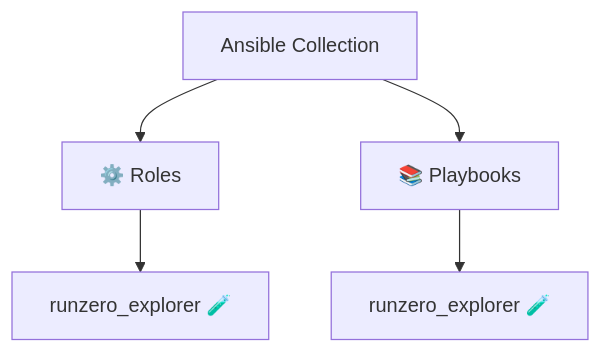
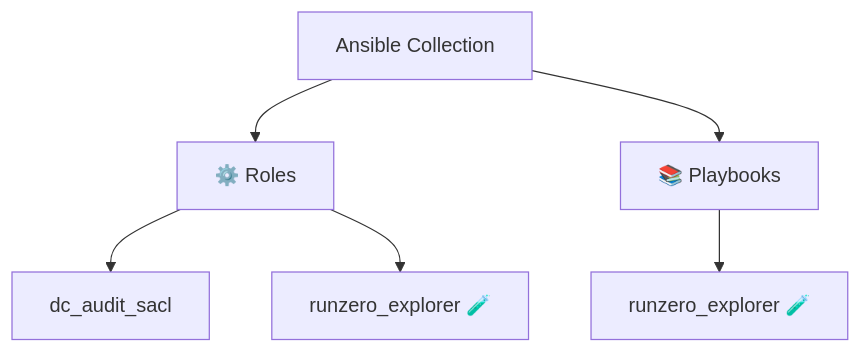
The diagram in README.md (l50/ansible-collection-bulwark), drawn with Mermaid before and after one commit. The commit also changed other lines of this file and 5 other files, not shown here.

First line of the commit message:
feat: add dc_audit_sacl role for domain controller attack detection (#523)

````diff
--- a/README.md
+++ b/README.md
@@ -14,8 +14,9 @@
 ```mermaid
 graph TD
     Collection[Ansible Collection]
     Collection --> Roles[⚙️ Roles]
-    Roles --> R0[runzero_explorer 🧪]
+    Roles --> R0[dc_audit_sacl]
+    Roles --> R1[runzero_explorer 🧪]
     Collection --> Playbooks[📚 Playbooks]
     Playbooks --> PB0[runzero_explorer 🧪]
 ```
````
